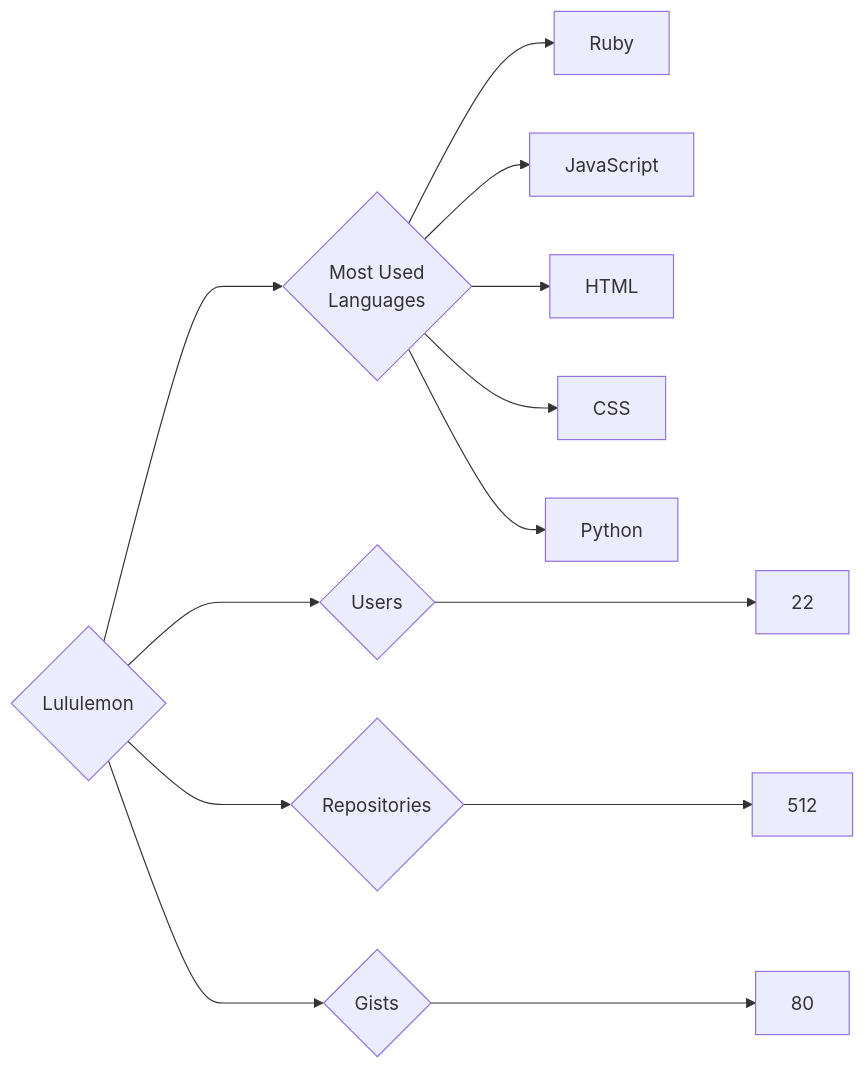
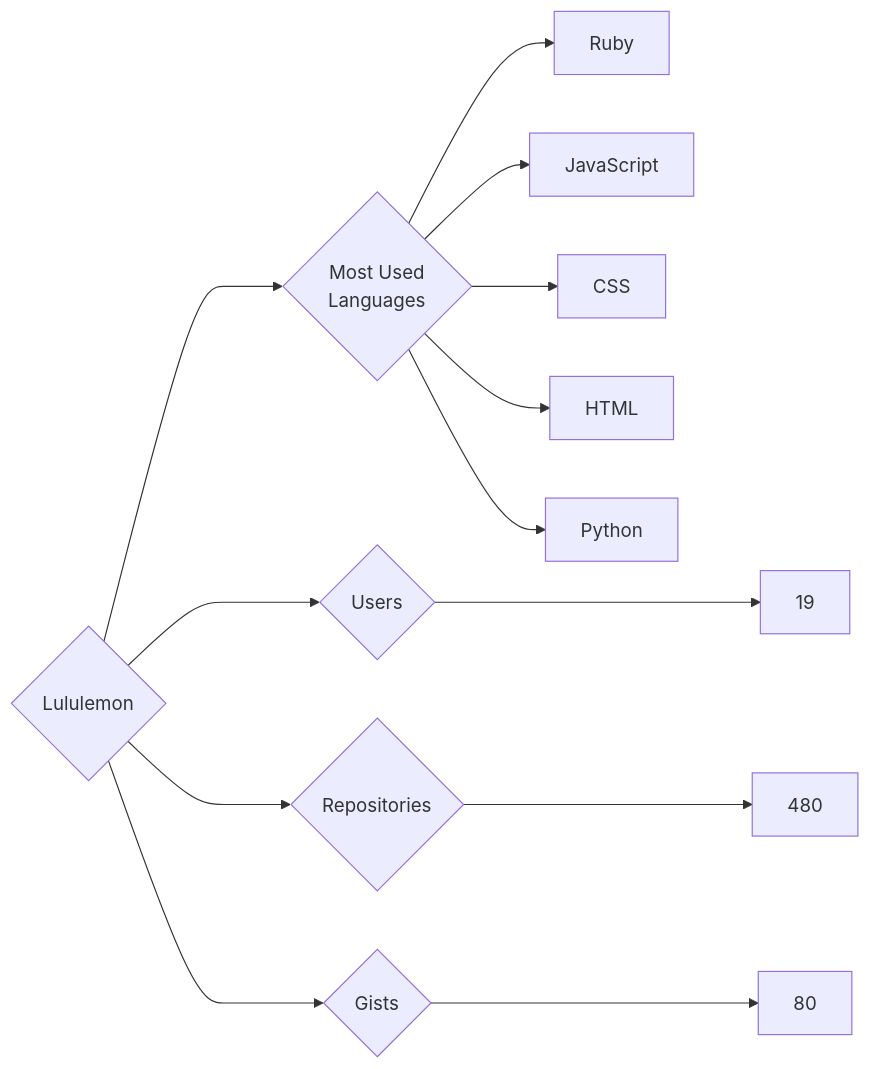
Before and after one commit to trickest/insiders: the diagram in targets/Lululemon/README.md, drawn with Mermaid. The commit also changed 899 other files, not shown here.

````diff
--- a/targets/Lululemon/README.md
+++ b/targets/Lululemon/README.md
@@ -3,13 +3,13 @@
 ```mermaid
 graph LR
 COMPANY_NAME{Lululemon}
-COMPANY_NAME ---> U{Users} ---> UN[22]
-COMPANY_NAME ---> R{Repositories} ---> RN[512]
+COMPANY_NAME ---> U{Users} ---> UN[19]
+COMPANY_NAME ---> R{Repositories} ---> RN[480]
 COMPANY_NAME ---> G{Gists} ---> GN[80]
 COMPANY_NAME ---> ML{Most Used<br>Languages}
 ML --> Ruby[Ruby]
 ML --> JavaScript[JavaScript]
+ML --> CSS[CSS]
 ML --> HTML[HTML]
-ML --> CSS[CSS]
 ML --> Python[Python]
 ```
````
